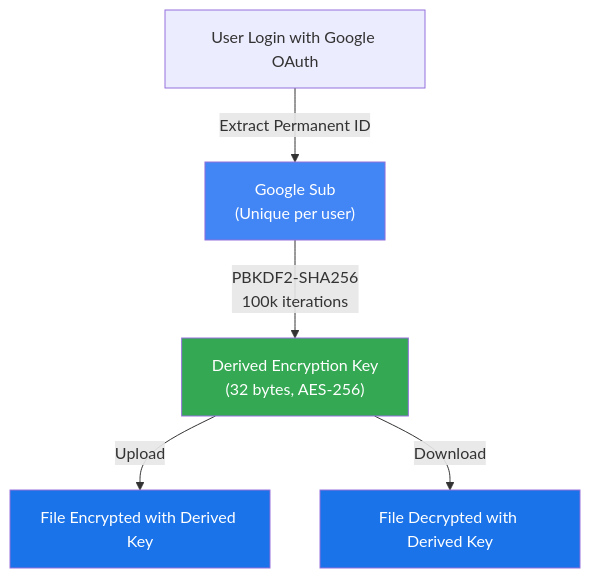
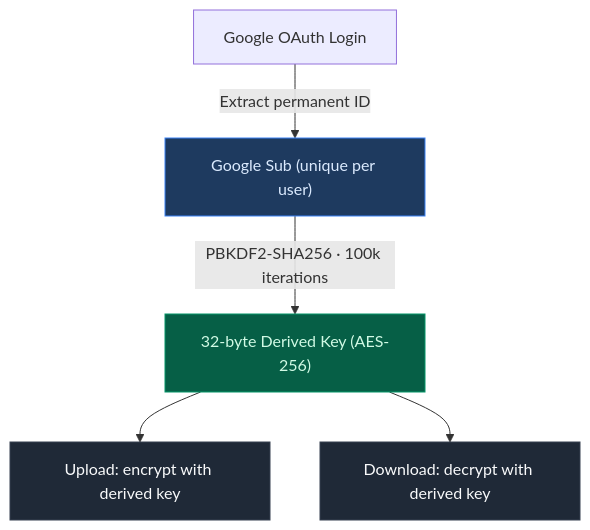
Before and after one commit to KOUSSEMON-Aurel/Nexus-Storage: the third of 3 diagrams in README.md, drawn with Mermaid. The commit also changed other lines of this file, not shown here.

Commit message:
docs: overhaul README with professional branding and technical diagrams

````diff
--- a/README.md
+++ b/README.md
@@ -68,11 +151,12 @@
 ```mermaid
 graph TD
-    A[User Login with Google OAuth] -->|Extract Permanent ID| B["Google Sub<br/>(Unique per user)"]
-    B -->|PBKDF2-SHA256<br/>100k iterations| C["Derived Encryption Key<br/>(32 bytes, AES-256)"]
-    C -->|Upload| D[File Encrypted with Derived Key]
-    C -->|Download| E[File Decrypted with Derived Key]
-    style B fill:#4285F4,color:#fff
-    style C fill:#34A853,color:#fff
-    style D fill:#1A73E8,color:#fff
-    style E fill:#1A73E8,color:#fff
+    A[Google OAuth Login] -->|Extract permanent ID| B["Google Sub (unique per user)"]
+    B -->|PBKDF2-SHA256 · 100k iterations| C["32-byte Derived Key (AES-256)"]
+    C --> D[Upload: encrypt with derived key]
+    C --> E[Download: decrypt with derived key]
+
+    style B fill:#1E3A5F,color:#DBEAFE,stroke:#3B82F6
+    style C fill:#065F46,color:#D1FAE5,stroke:#059669
+    style D fill:#1F2937,color:#F9FAFB,stroke:#374151
+    style E fill:#1F2937,color:#F9FAFB,stroke:#374151
 ```
````
